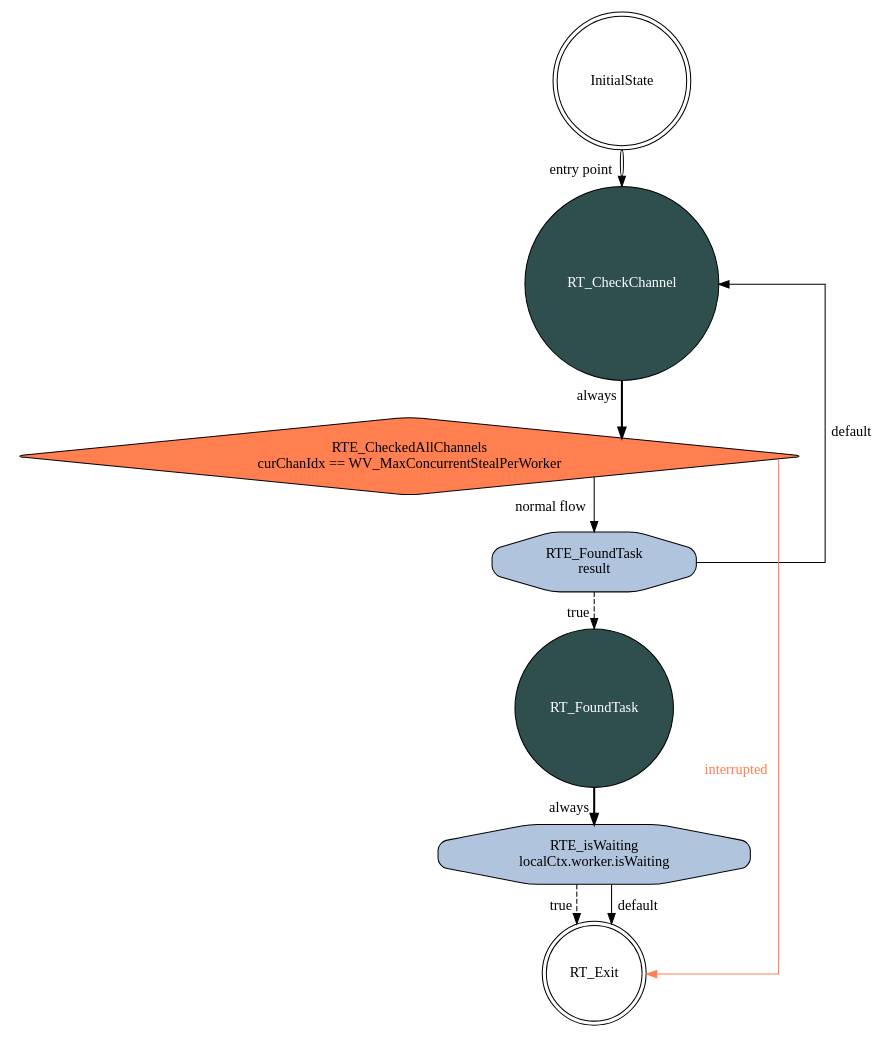
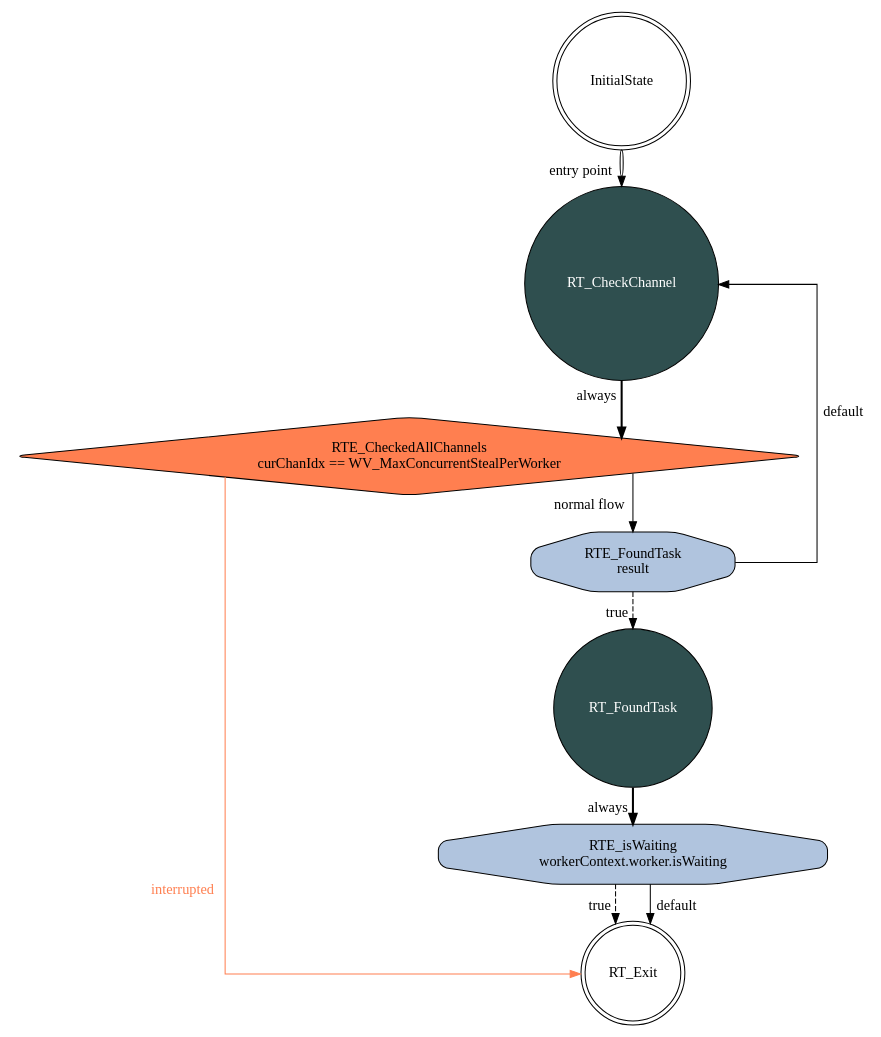
The diagram in weave/state_machines/recv_task_else_steal.dot (mratsim/weave), drawn with Graphviz before and after one commit. The commit also changed 37 other files, not shown here.

```diff
--- a/weave/state_machines/recv_task_else_steal.dot
+++ b/weave/state_machines/recv_task_else_steal.dot
@@ -1,19 +1,19 @@
 digraph recvTaskFSA{
     splines=ortho;
     node [shape = doublecircle]; InitialState RT_Exit;
     node [shape = circle, fontcolor=white, fillcolor=darkslategrey, style="filled"]; RT_FoundTask RT_CheckChannel;
     InitialState -> RT_CheckChannel [color="black:invis:black", xlabel="entry point"];
     node [shape = octagon, fontcolor=black, fillcolor=lightsteelblue, style="rounded,filled"]; RT_FoundTask_RTE_isWaiting RT_CheckChannel_RTE_FoundTask ;
     node [shape = diamond, fontcolor=black, fillcolor=coral, style="rounded,filled"]; RT_CheckChannel_RTE_CheckedAllChannels ;
-    RT_FoundTask_RTE_isWaiting [label="RTE_isWaiting\nlocalCtx.worker.isWaiting"];
+    RT_FoundTask_RTE_isWaiting [label="RTE_isWaiting\nworkerContext.worker.isWaiting"];
     RT_CheckChannel_RTE_FoundTask [label="RTE_FoundTask\nresult"];
     RT_CheckChannel_RTE_CheckedAllChannels [label="RTE_CheckedAllChannels\ncurChanIdx == WV_MaxConcurrentStealPerWorker"];
     RT_FoundTask -> RT_FoundTask_RTE_isWaiting[style=bold, xlabel="always"];
     RT_FoundTask_RTE_isWaiting -> RT_Exit [style=dashed, xlabel="true"];
     RT_FoundTask_RTE_isWaiting -> RT_Exit [xlabel="default"];
     RT_CheckChannel -> RT_CheckChannel_RTE_CheckedAllChannels[style=bold, xlabel="always"];
     RT_CheckChannel_RTE_CheckedAllChannels -> RT_Exit [color="coral", fontcolor="coral", xlabel="interrupted"];
     RT_CheckChannel_RTE_CheckedAllChannels -> RT_CheckChannel_RTE_FoundTask[xlabel="normal flow"];
     RT_CheckChannel_RTE_FoundTask -> RT_FoundTask [style=dashed, xlabel="true"];
     RT_CheckChannel_RTE_FoundTask -> RT_CheckChannel [xlabel="default"];
 }
```
